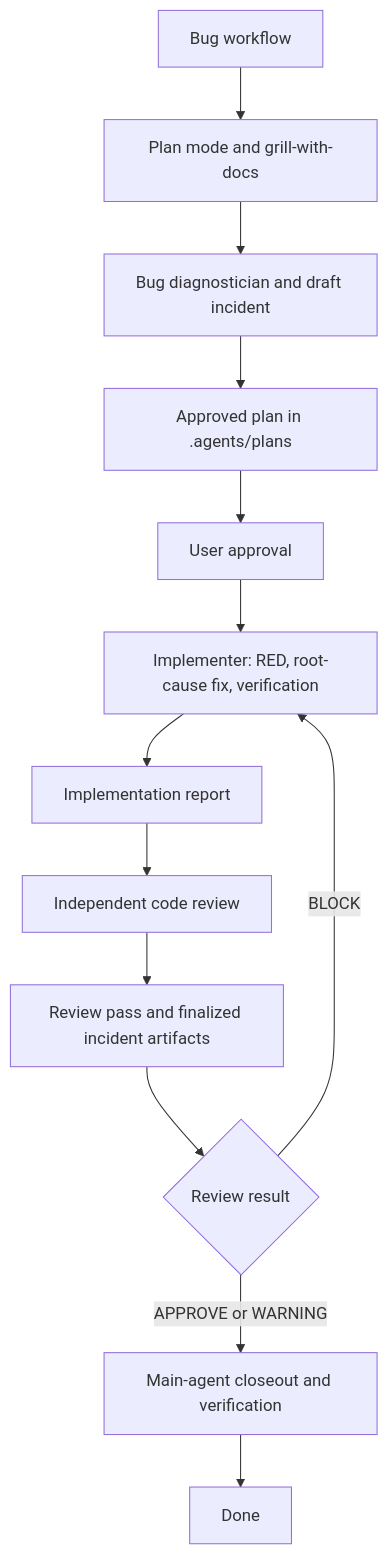
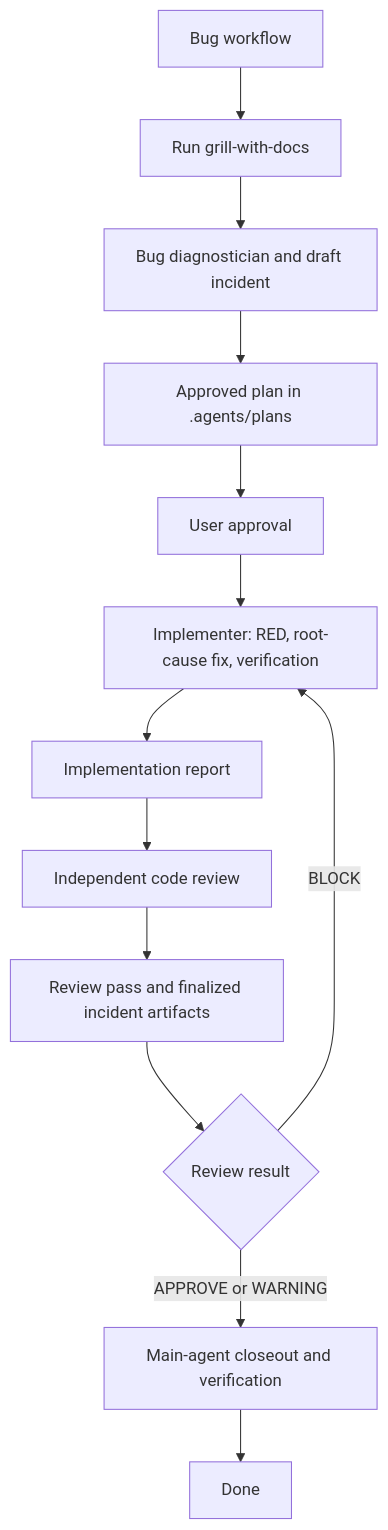
One commit to aloilor/lean-coding-agent changed the fourth of 4 diagrams in README.md. Above: the diagram before and after it, drawn with Mermaid. The commit also changed other lines of this file and 10 other files, not shown here.

````diff
--- a/README.md
+++ b/README.md
@@ -99,15 +99,15 @@
 ```mermaid
 flowchart TD
-    A[Bug workflow] --> B[Plan mode and grill-with-docs]
+    A[Bug workflow] --> B[Run grill-with-docs]
     B --> C[Bug diagnostician and draft incident]
     C --> D[Approved plan in .agents/plans]
     D --> E[User approval]
     E --> F[Implementer: RED, root-cause fix, verification]
     F --> G[Implementation report]
     G --> H[Independent code review]
     H --> I[Review pass and finalized incident artifacts]
     I --> J{Review result}
     J -->|BLOCK| F
     J -->|APPROVE or WARNING| K[Main-agent closeout and verification]
     K --> L[Done]
 ```
````
